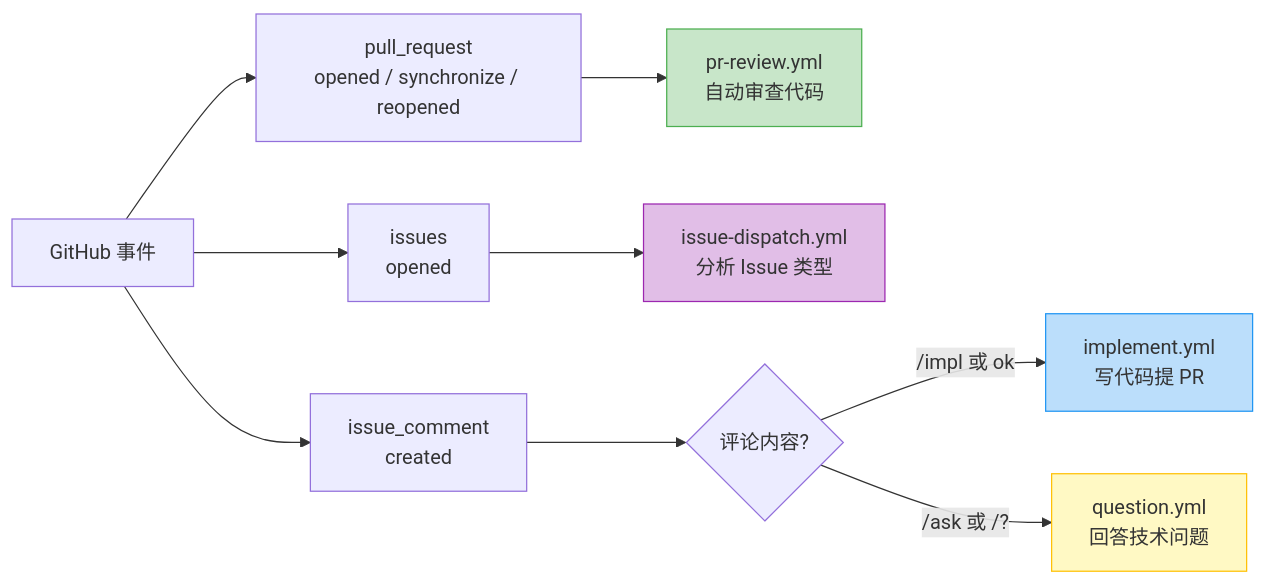
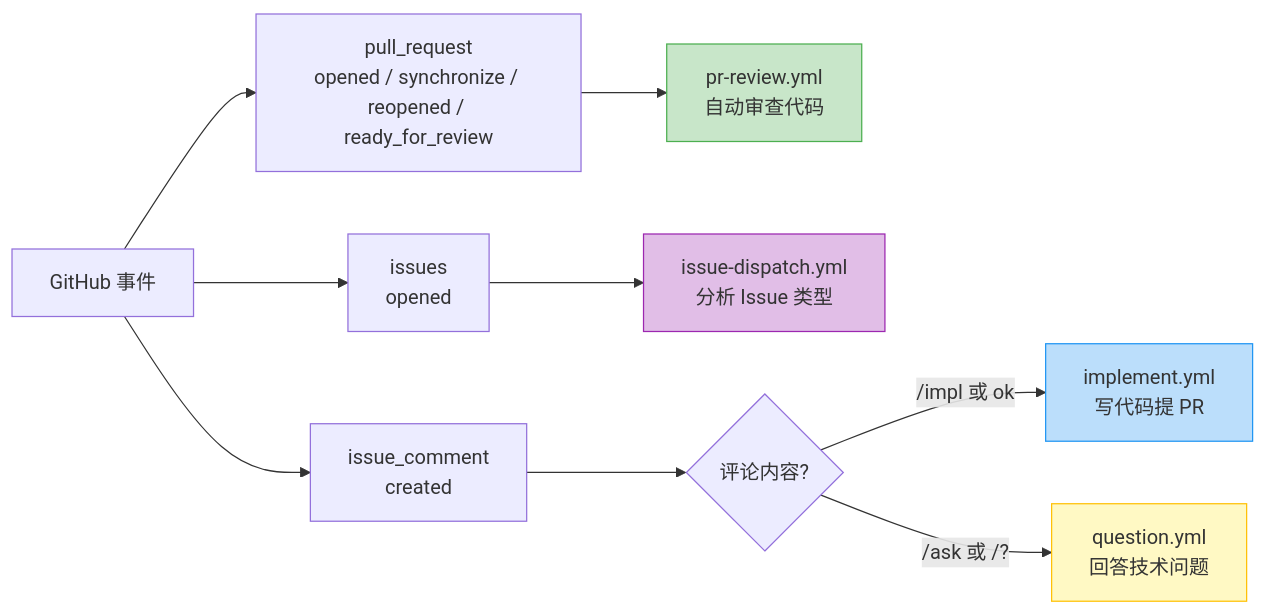
One commit to Lightspeed-Intelligence/agentic-workflow-template changed the third of 13 diagrams in docs/code-review-design.md. Above: the diagram before and after it, drawn with Mermaid. The commit also changed other lines of this file and 4 other files, not shown here.

Commit message:
fix(review): trigger required review when draft PRs become ready

````diff
--- a/docs/code-review-design.md
+++ b/docs/code-review-design.md
@@ -84,17 +84,17 @@
 ```mermaid
 flowchart LR
-    GH["GitHub 事件"] --> PR["pull_request<br/>opened / synchronize / reopened"]
+    GH["GitHub 事件"] --> PR["pull_request<br/>opened / synchronize / reopened / ready_for_review"]
     GH --> IS["issues<br/>opened"]
     GH --> IC["issue_comment<br/>created"]
 
     PR --> review["pr-review.yml<br/>自动审查代码"]
     IS --> dispatch["issue-dispatch.yml<br/>分析 Issue 类型"]
     IC --> kw{"评论内容?"}
     kw -->|"/impl 或 ok"| implement["implement.yml<br/>写代码提 PR"]
     kw -->|"/ask 或 /?"| question["question.yml<br/>回答技术问题"]
 
     style review fill:#c8e6c9,stroke:#4CAF50
     style dispatch fill:#e1bee7,stroke:#9C27B0
     style implement fill:#bbdefb,stroke:#2196F3
     style question fill:#fff9c4,stroke:#FFC107
 ```
````
